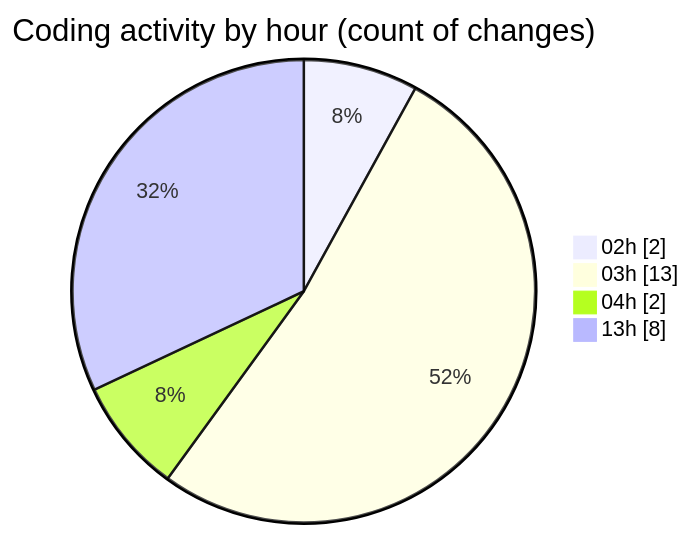
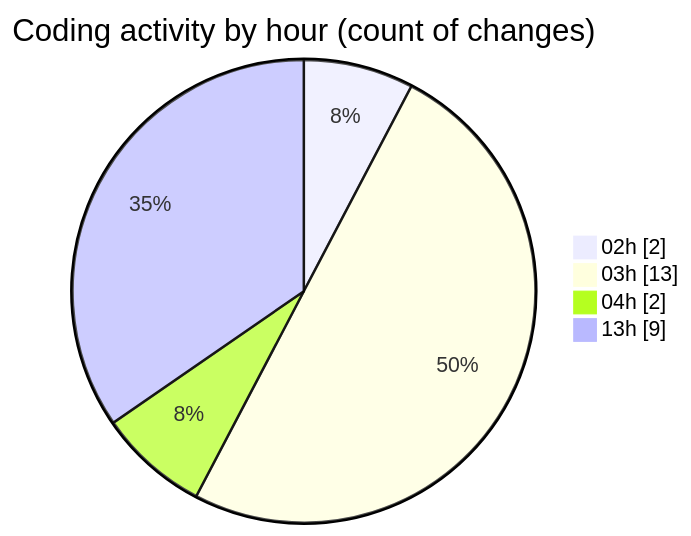
One commit to julien-gomy/code-tracking changed the second of 2 diagrams in 2025-11-28/eventscop-frontend-guide__workspace_/README.md. Above: the diagram before and after it, drawn with Mermaid. The commit also changed other lines of this file and 1 other file, not shown here.

````diff
--- a/2025-11-28/eventscop-frontend-guide__workspace_/README.md
+++ b/2025-11-28/eventscop-frontend-guide__workspace_/README.md
@@ -37,8 +38,8 @@
 ```mermaid
 pie showData
 title Coding activity by hour (count of changes)
 "02h" : 2
 "03h" : 13
 "04h" : 2
-"13h" : 8
+"13h" : 9
 ```
````
